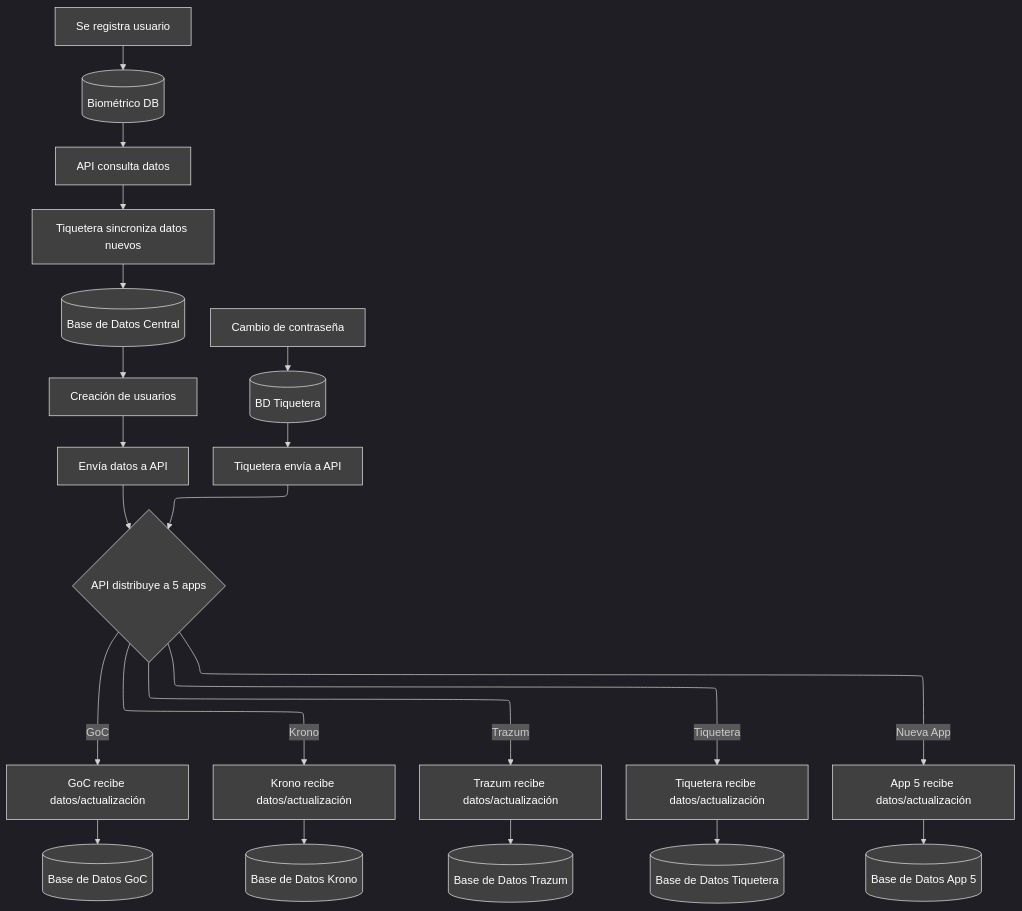
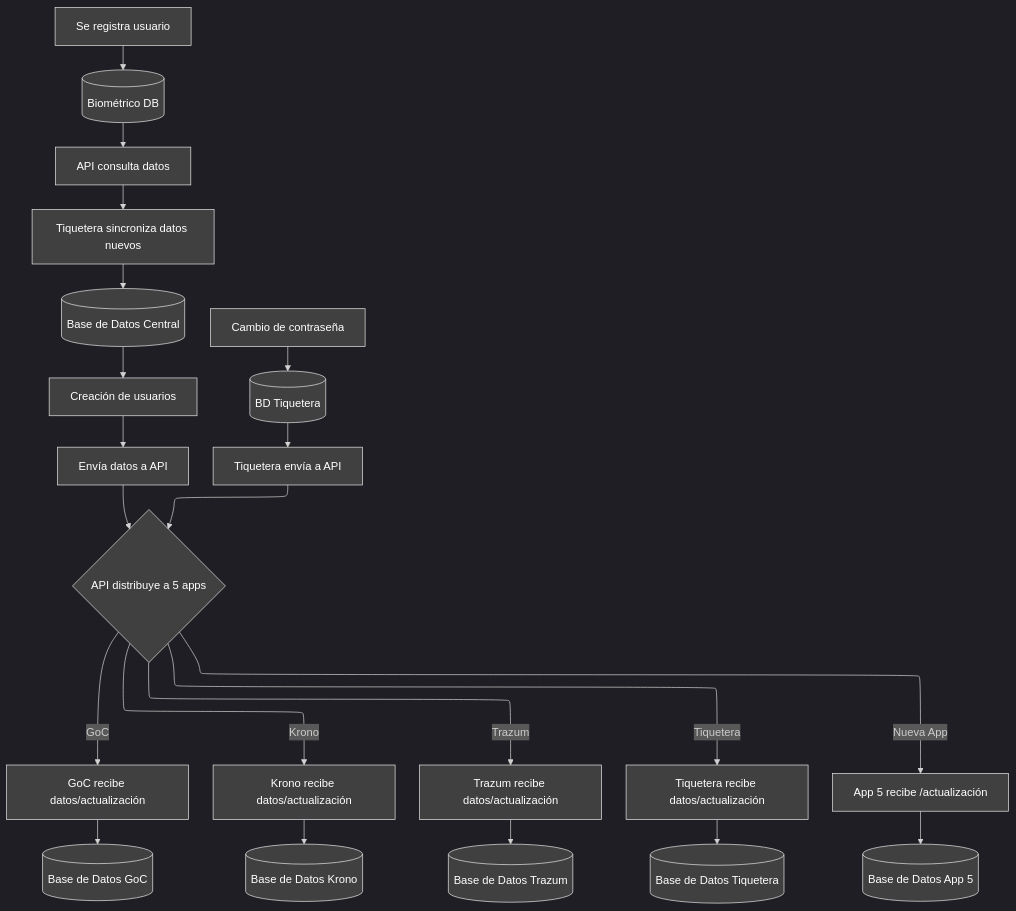
One commit to KevinGuevara17/pruebatecnica changed the diagram in README.md. Above: the diagram before and after it, drawn with Mermaid.

````diff
--- a/README.md
+++ b/README.md
@@ -1,33 +1,33 @@
 ```mermaid
 ---
 config:
   layout: elk
   theme: dark
 ---
 flowchart TD
     A[Se registra usuario] --> B[(Biométrico DB)]
     B --> C[API consulta datos]
     C --> D[Tiquetera sincroniza datos nuevos]
     D --> E[(Base de Datos Central)]
     E --> F[Creación de usuarios]
     F --> G[Envía datos a API]
     G --> H{API distribuye a 5 apps}
     
     N[Cambio de contraseña] --> O[(BD Tiquetera)]
     O --> P[Tiquetera envía a API]
     P --> H
     
     H -->|GoC| I[GoC recibe datos/actualización]
     H -->|Krono| J[Krono recibe datos/actualización]
     H -->|Trazum| K[Trazum recibe datos/actualización]
     H -->|Tiquetera| L[Tiquetera recibe datos/actualización]
-    H -->|Nueva App| W[App 5 recibe datos/actualización]
+    H -->|Nueva App| W[App 5 recibe /actualización]
     
     I --> DB1[(Base de Datos GoC)]
     J --> DB2[(Base de Datos Krono)]
     K --> DB3[(Base de Datos Trazum)]
     L --> DB4[(Base de Datos Tiquetera)]
     W --> DB5[(Base de Datos App 5)]
     
     classDef default fill:#404040,stroke:#e5e5e5,stroke-width:1px,color:#ffffff
 ```
````
